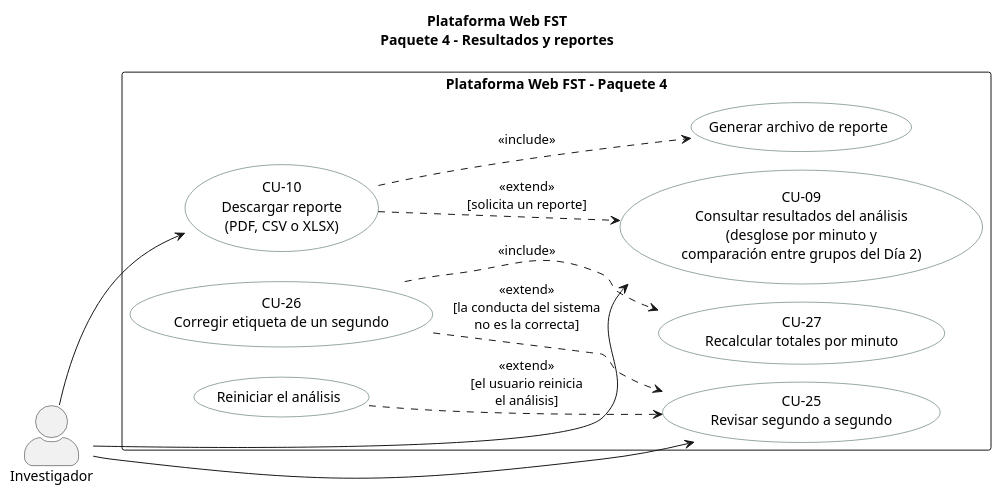
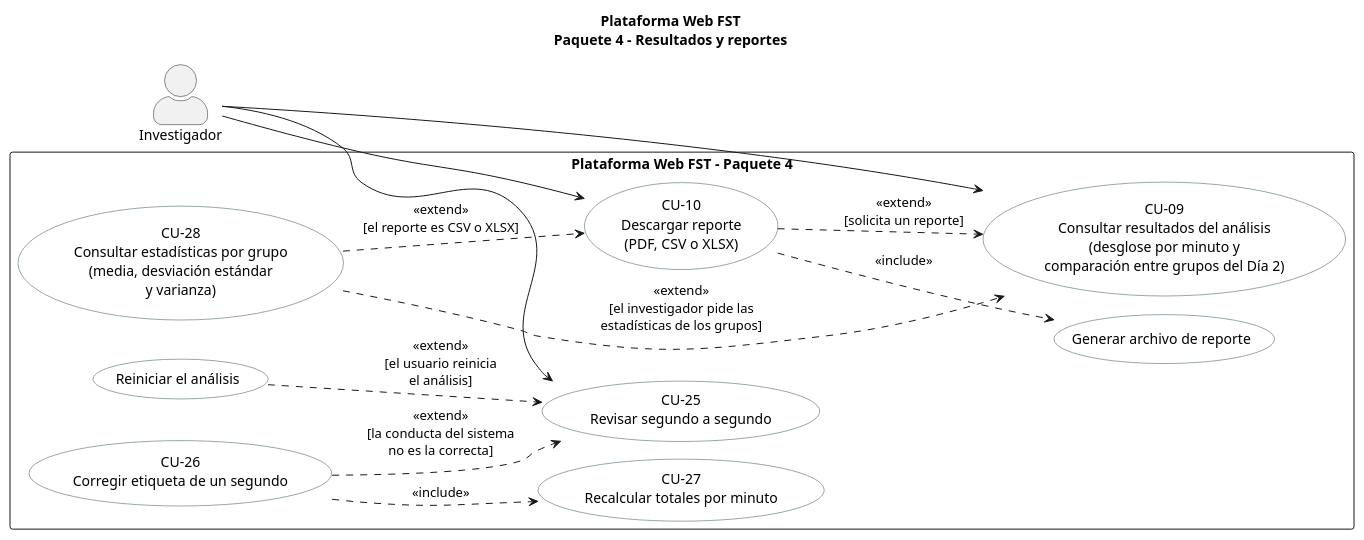
Before and after one commit to ErickJester/fst-ai-system-latex: the diagram in diagramas/puml/cu_paquete4.puml, drawn with PlantUML. The commit also changed 17 other files, not shown here.

```diff
--- a/diagramas/puml/cu_paquete4.puml
+++ b/diagramas/puml/cu_paquete4.puml
@@ -1,29 +1,32 @@
 @startuml
 !pragma layout smetana
 title Plataforma Web FST\nPaquete 4 - Resultados y reportes
 left to right direction
 skinparam packageStyle rectangle
 skinparam actorStyle awesome
 skinparam usecase {
   BackgroundColor White
   BorderColor DarkSlateGray
 }
 actor "Investigador" as INV
 rectangle "Plataforma Web FST - Paquete 4" {
   usecase "CU-09\nConsultar resultados del análisis\n(desglose por minuto y\ncomparación entre grupos del Día 2)" as CU09
   usecase "CU-10\nDescargar reporte\n(PDF, CSV o XLSX)" as CU10
   usecase "Generar archivo de reporte" as UC46
   usecase "CU-25\nRevisar segundo a segundo" as CU25
   usecase "CU-26\nCorregir etiqueta de un segundo" as CU26
   usecase "CU-27\nRecalcular totales por minuto" as CU27
   usecase "Reiniciar el análisis" as UC25R
+  usecase "CU-28\nConsultar estadísticas por grupo\n(media, desviación estándar\ny varianza)" as CU28
 }
 INV --> CU09
 INV --> CU10
 INV --> CU25
 CU10 ..> CU09 : <<extend>>\n[solicita un reporte]
 CU10 ..> UC46 : <<include>>
 CU26 ..> CU25 : <<extend>>\n[la conducta del sistema\nno es la correcta]
 CU26 ..> CU27 : <<include>>
 UC25R ..> CU25 : <<extend>>\n[el usuario reinicia\nel análisis]
+CU28 ..> CU09 : <<extend>>\n[el investigador pide las\nestadísticas de los grupos]
+CU28 ..> CU10 : <<extend>>\n[el reporte es CSV o XLSX]
 @enduml
```
